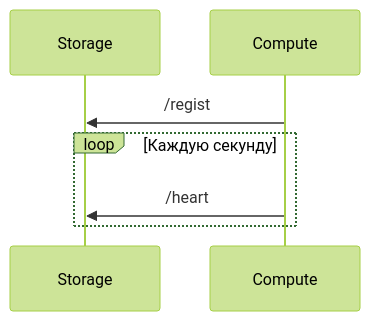
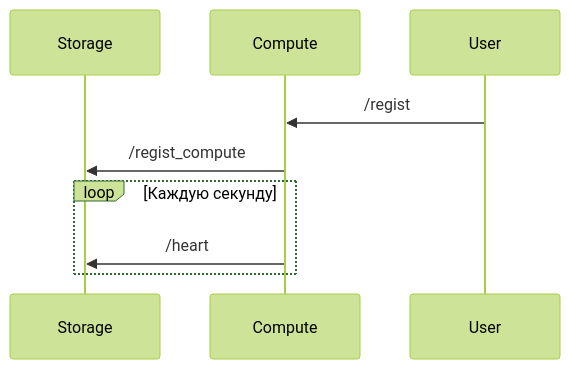
Before and after one commit to XJIeI5/calculator: the first of 9 diagrams in README.md, drawn with Mermaid (forest theme).

````diff
--- a/README.md
+++ b/README.md
@@ -156,11 +156,13 @@
 ```mermaid
 sequenceDiagram
 participant S as Storage
 participant C as Compute
+participant U as User
 
-C->>S: /regist
+U->>C: /regist
+C->>S: /regist_compute
 
 loop Каждую секунду
 C->>S: /heart
 end
 ```
````
